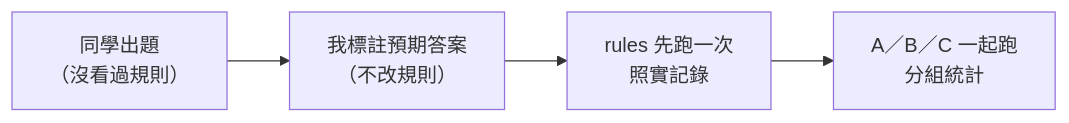
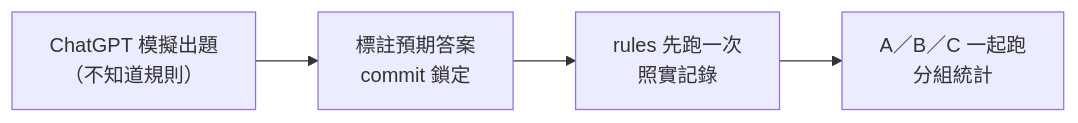
One commit to transit-reach/dev-notes changed the diagram in experiments/external-questions.md. Above: the diagram before and after it, drawn with Mermaid. The commit also changed other lines of this file, not shown here.

Commit message:
Simulated questions: why ChatGPT, prompt, labels and judgment calls

````diff
--- a/experiments/external-questions.md
+++ b/experiments/external-questions.md
@@ -32,4 +86,4 @@
 ```mermaid
 flowchart LR
-    Q["同學出題<br/>（沒看過規則）"] --> L["我標註預期答案<br/>（不改規則）"] --> R["rules 先跑一次<br/>照實記錄"] --> ABC["A／B／C 一起跑<br/>分組統計"]
+    Q["ChatGPT 模擬出題<br/>（不知道規則）"] --> L["標註預期答案<br/>commit 鎖定"] --> R["rules 先跑一次<br/>照實記錄"] --> ABC["A／B／C 一起跑<br/>分組統計"]
 ```
````
